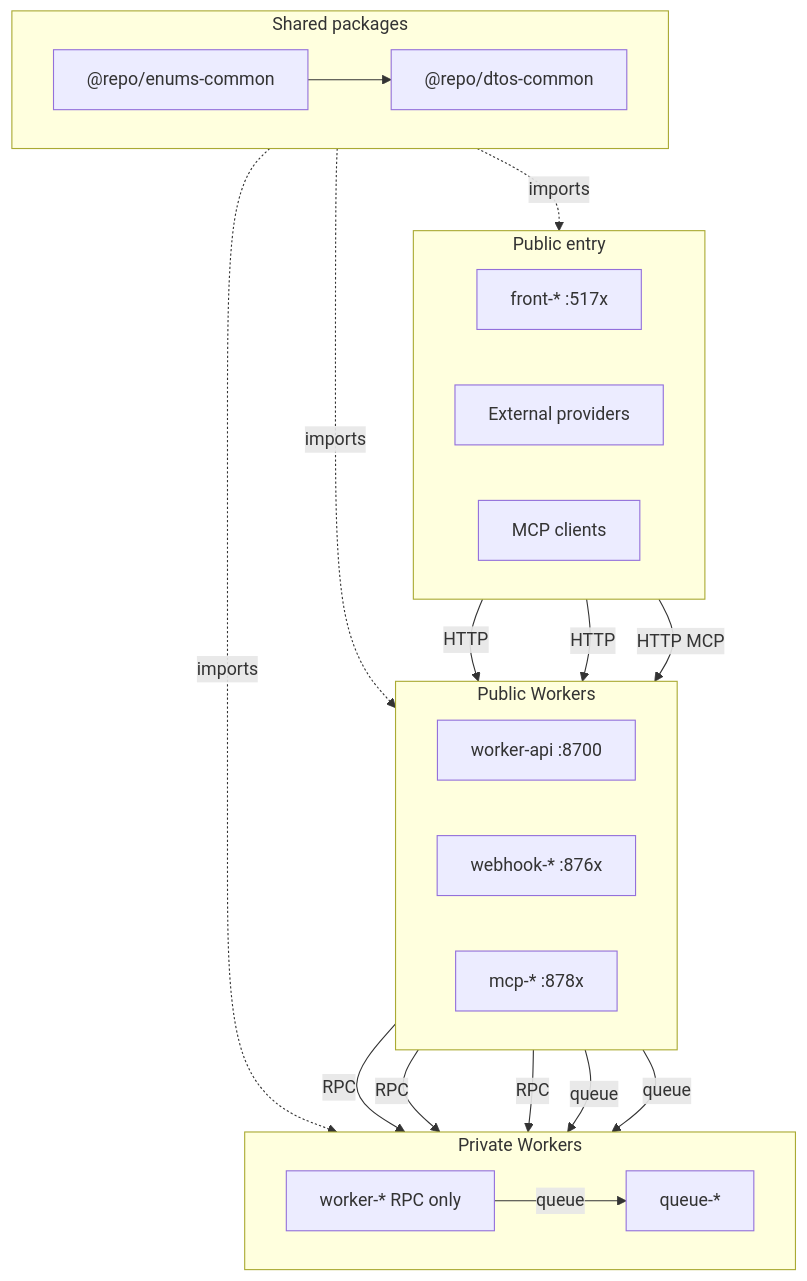
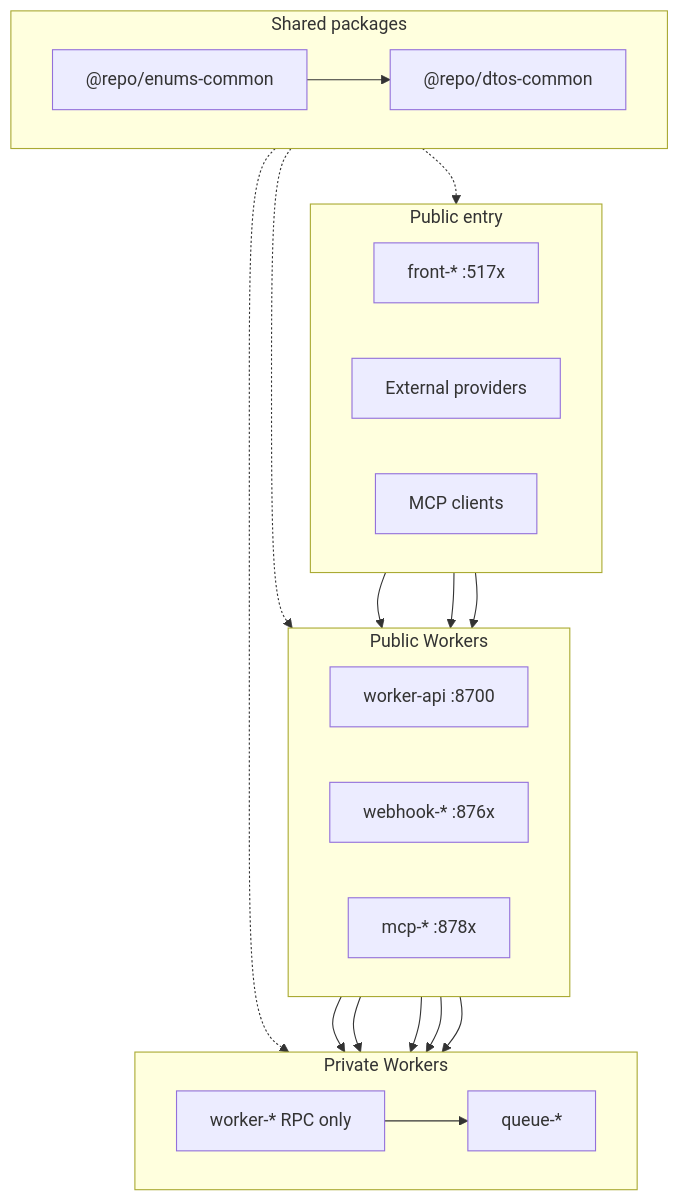
Before and after one commit to louisbrulenaudet/monorepo-template: the diagram in AGENTS.md, drawn with Mermaid. The commit also changed other lines of this file and 18 other files, not shown here.

````diff
--- a/AGENTS.md
+++ b/AGENTS.md
@@ -20,45 +20,45 @@
 ```mermaid
 flowchart TB
   subgraph entry [Public entry]
     direction LR
     Front["front-* :517x"]
     Ext["External providers"]
     McpClients["MCP clients"]
   end
 
   subgraph publicWorkers [Public Workers]
     direction LR
     Gateway["worker-api :8700"]
     Webhook["webhook-* :876x"]
     Mcp["mcp-* :878x"]
   end
 
   subgraph privateWorkers [Private Workers]
     direction LR
     Biz["worker-* RPC only"]
     Queue["queue-*"]
   end
 
   subgraph shared [Shared packages]
     direction LR
     Enums["@repo/enums-common"]
     DTOs["@repo/dtos-common"]
     Enums --> DTOs
   end
 
-  Front -->|HTTP| Gateway
-  Ext -->|HTTP| Webhook
-  McpClients -->|HTTP MCP| Mcp
+  Front --> Gateway
+  Ext --> Webhook
+  McpClients --> Mcp
 
-  Gateway -->|RPC| Biz
-  Webhook -->|RPC| Biz
-  Mcp -->|RPC| Biz
+  Gateway --> Biz
+  Webhook --> Biz
+  Mcp --> Biz
 
-  Gateway -->|queue| Queue
-  Webhook -->|queue| Queue
-  Biz -->|queue| Queue
+  Gateway --> Queue
+  Webhook --> Queue
+  Biz --> Queue
 
-  shared -.->|imports| Front
-  shared -.->|imports| publicWorkers
-  shared -.->|imports| privateWorkers
+  shared -.-> Front
+  shared -.-> publicWorkers
+  shared -.-> privateWorkers
 ```
````
